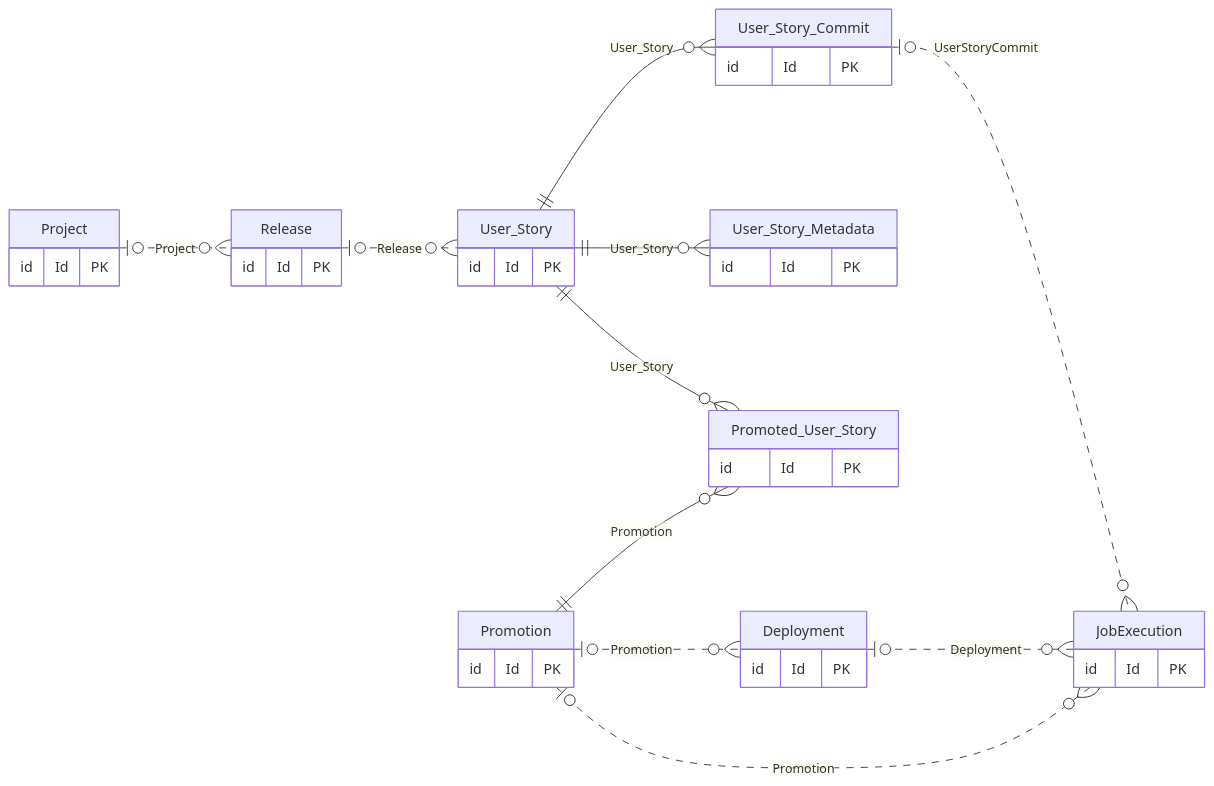
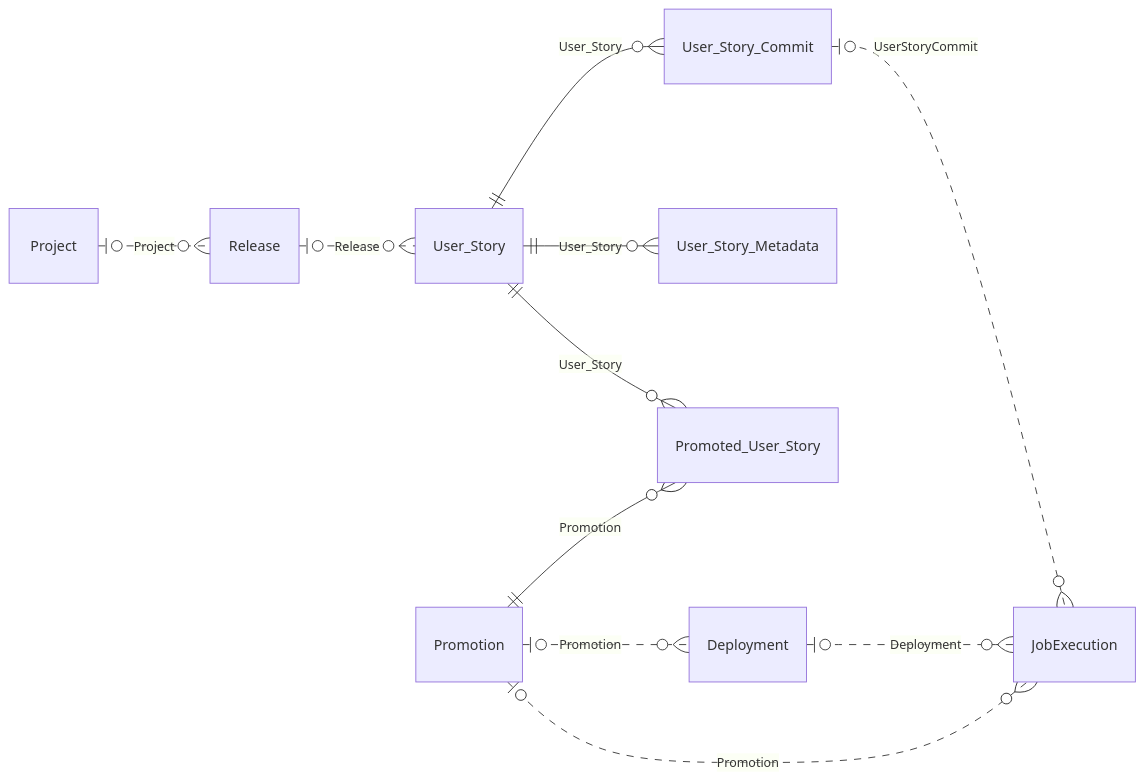
Before and after one commit to airbah/monsite: the diagram in resources/copado-source-format/01-vue-ensemble.mmd, drawn with Mermaid. The commit also changed 19 other files, not shown here.

Commit message:
Simplifier les diagrammes Copado en retirant la ligne Id et PK

```diff
--- a/resources/copado-source-format/01-vue-ensemble.mmd
+++ b/resources/copado-source-format/01-vue-ensemble.mmd
@@ -1,39 +1,21 @@
 erDiagram
     direction LR
-    Project {
-        id Id PK
-    }
-    Release {
-        id Id PK
-    }
-    User_Story {
-        id Id PK
-    }
-    User_Story_Commit {
-        id Id PK
-    }
-    User_Story_Metadata {
-        id Id PK
-    }
-    Promotion {
-        id Id PK
-    }
-    Promoted_User_Story {
-        id Id PK
-    }
-    Deployment {
-        id Id PK
-    }
-    JobExecution {
-        id Id PK
-    }
+    Project
+    Release
+    User_Story
+    User_Story_Commit
+    User_Story_Metadata
+    Promotion
+    Promoted_User_Story
+    Deployment
+    JobExecution
     Project |o..o{ Release : "Project"
     Release |o..o{ User_Story : "Release"
     User_Story ||--o{ User_Story_Commit : "User_Story"
     User_Story ||--o{ User_Story_Metadata : "User_Story"
     User_Story ||--o{ Promoted_User_Story : "User_Story"
     Promotion ||--o{ Promoted_User_Story : "Promotion"
     Promotion |o..o{ Deployment : "Promotion"
     Deployment |o..o{ JobExecution : "Deployment"
     Promotion |o..o{ JobExecution : "Promotion"
     User_Story_Commit |o..o{ JobExecution : "UserStoryCommit"
```
